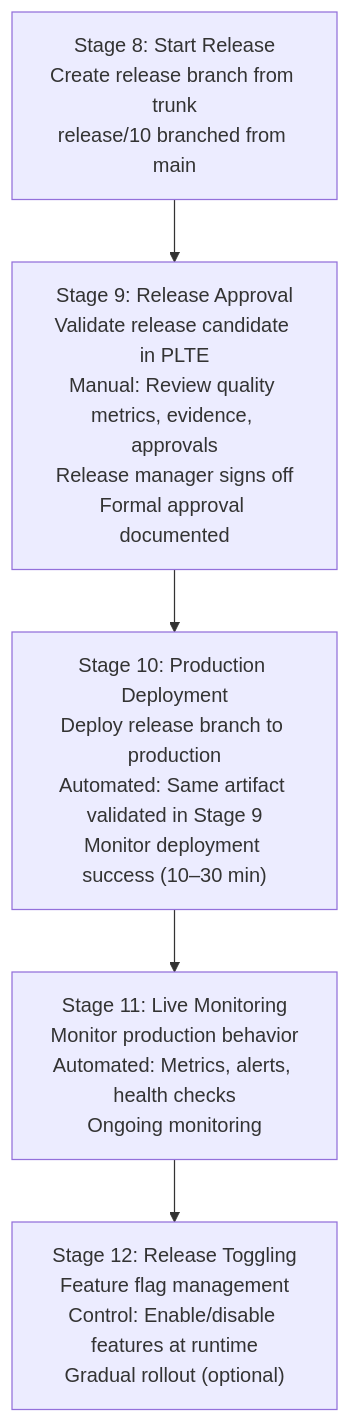
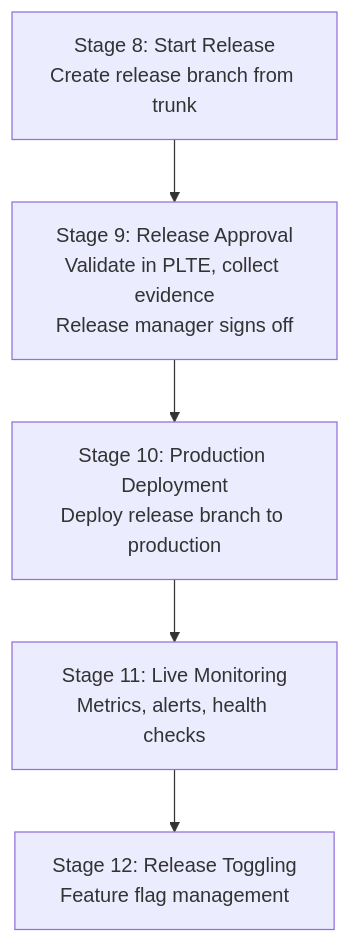
One commit to ready-to-release/eac changed the third of 7 diagrams in docs/explanation/continuous-delivery/workflow/branching-strategies.md. Above: the diagram before and after it, drawn with Mermaid. The commit also changed other lines of this file and 151 other files, not shown here.

````diff
--- a/docs/explanation/continuous-delivery/workflow/branching-strategies.md
+++ b/docs/explanation/continuous-delivery/workflow/branching-strategies.md
@@ -103,13 +57,11 @@
 ```mermaid
+%%{size:small}%%
 flowchart TD
-    S8["Stage 8: Start Release<br/>Create release branch from trunk<br/>release/10 branched from main"]
-    S9["Stage 9: Release Approval<br/>Validate release candidate in PLTE<br/>Manual: Review quality metrics, evidence, approvals<br/>Release manager signs off<br/>Formal approval documented"]
-    S10["Stage 10: Production Deployment<br/>Deploy release branch to production<br/>Automated: Same artifact validated in Stage 9<br/>Monitor deployment success (10–30 min)"]
-    S11["Stage 11: Live Monitoring<br/>Monitor production behavior<br/>Automated: Metrics, alerts, health checks<br/>Ongoing monitoring"]
-    S12["Stage 12: Release Toggling<br/>Feature flag management<br/>Control: Enable/disable features at runtime<br/>Gradual rollout (optional)"]
+    S8["Stage 8: Start Release<br/>Create release branch from trunk"]
+    S9["Stage 9: Release Approval<br/>Validate in PLTE, collect evidence<br/>Release manager signs off"]
+    S10["Stage 10: Production Deployment<br/>Deploy release branch to production"]
+    S11["Stage 11: Live Monitoring<br/>Metrics, alerts, health checks"]
+    S12["Stage 12: Release Toggling<br/>Feature flag management"]
 
-    S8 --> S9
-    S9 --> S10
-    S10 --> S11
-    S11 --> S12
+    S8 --> S9 --> S10 --> S11 --> S12
 ```
````
